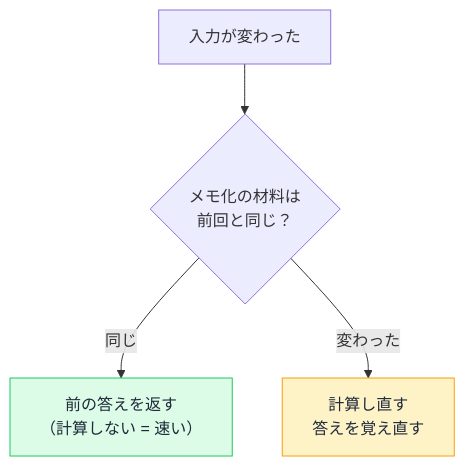
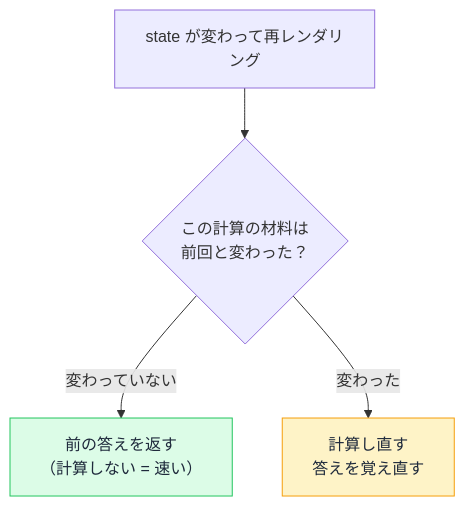
The first of 2 diagrams in docs/drafts/015/index.md (ozaki25/web-front-training-ozaki25), drawn with Mermaid before and after one commit. The commit also changed other lines of this file, not shown here.

````diff
--- a/docs/drafts/015/index.md
+++ b/docs/drafts/015/index.md
@@ -35,8 +44,8 @@
 ```mermaid
 flowchart TD
-  A["入力が変わった"] --> B{"メモ化の材料は\n前回と同じ？"}
-  B -- "同じ" --> C["前の答えを返す\n（計算しない = 速い）"]
+  A["state が変わって再レンダリング"] --> B{"この計算の材料は\n前回と変わった？"}
+  B -- "変わっていない" --> C["前の答えを返す\n（計算しない = 速い）"]
   B -- "変わった" --> D["計算し直す\n答えを覚え直す"]
   style C fill:#dcfce7,color:#1e293b,stroke:#22c55e
   style D fill:#fef3c7,color:#1e293b,stroke:#f59e0b
 ```
````
